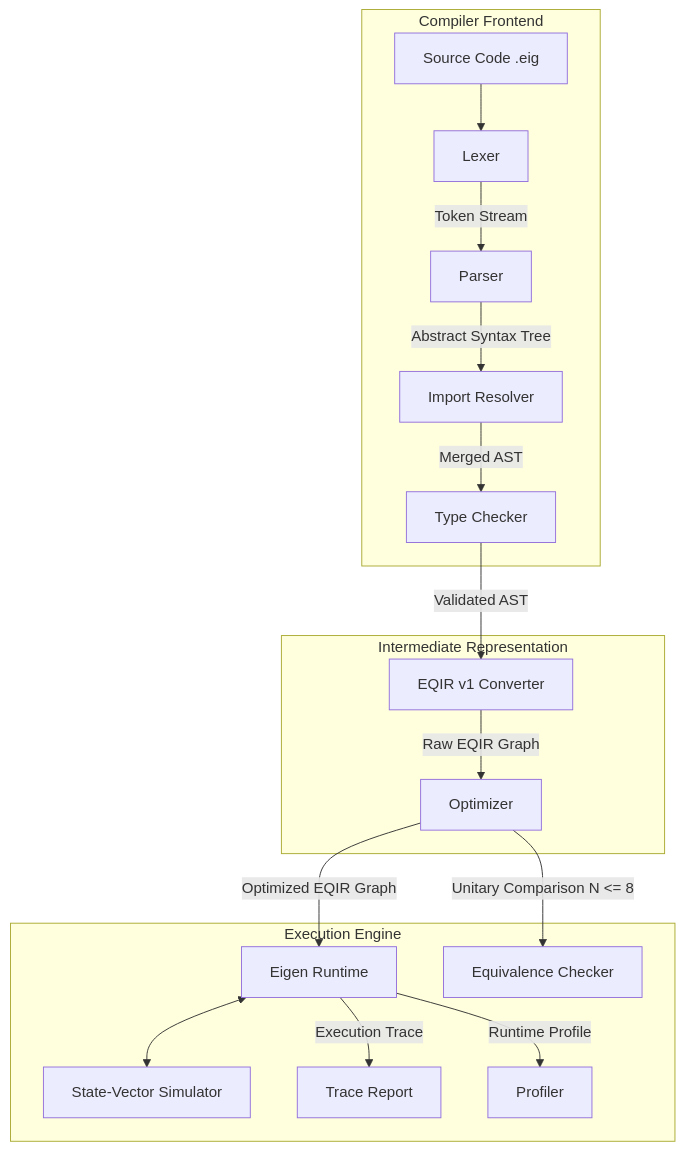
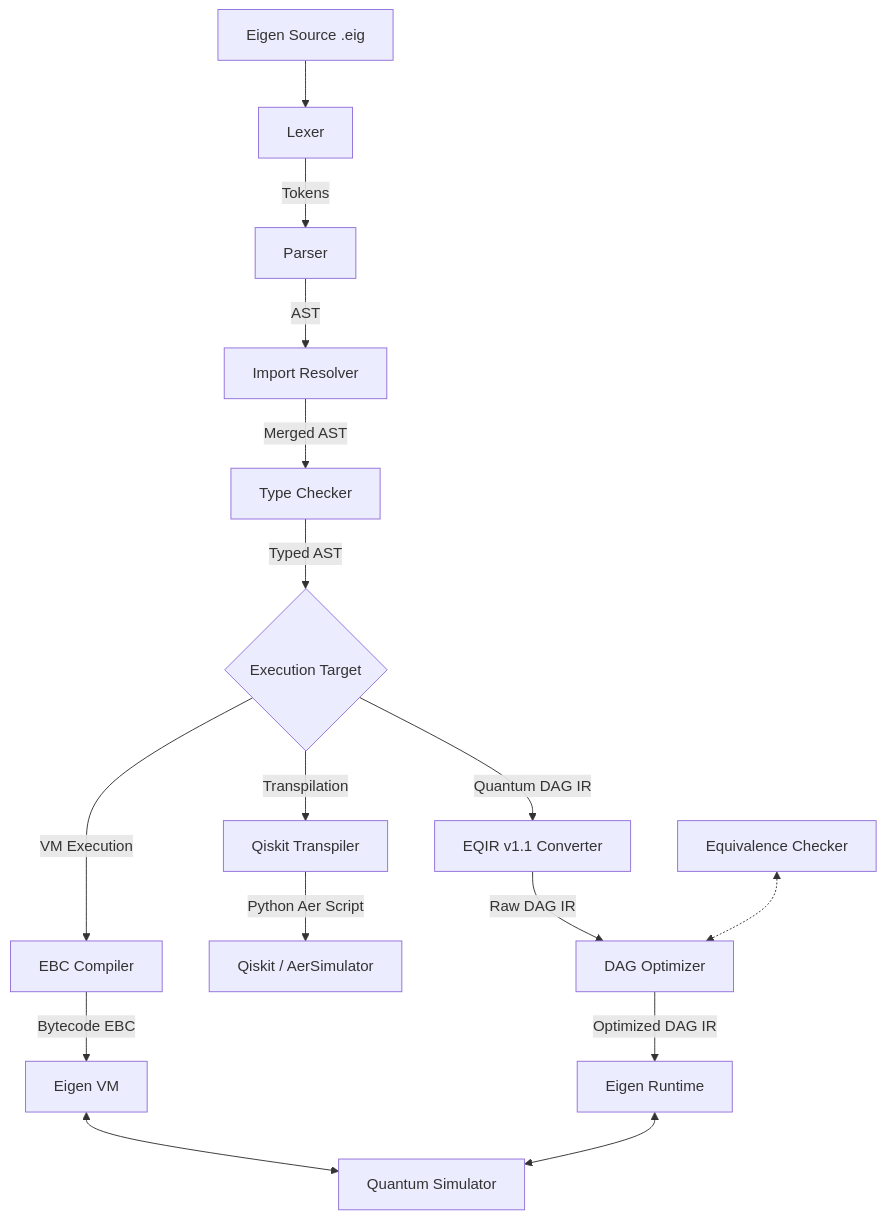
One commit to Eigenresearch/Eigen changed the diagram in docs/architecture.md. Above: the diagram before and after it, drawn with Mermaid. The commit also changed other lines of this file and 67 other files, not shown here.

Commit message:
feat: Stabilize Eigen 2.1 - Add backend smoke tests, update EQIR v1.1, add release metrics, and synchronize documentation

````diff
--- a/docs/architecture.md
+++ b/docs/architecture.md
@@ -9,23 +9,22 @@
 ```mermaid
 graph TD
-    subgraph Frontend [Compiler Frontend]
-        Src[Source Code .eig] --> Lex[Lexer]
-        Lex -->|Token Stream| Par[Parser]
-        Par -->|Abstract Syntax Tree| Imp[Import Resolver]
-        Imp -->|Merged AST| Typ[Type Checker]
-    end
+    Source[Eigen Source .eig] --> Lexer[Lexer]
+    Lexer -->|Tokens| Parser[Parser]
+    Parser -->|AST| ImportResolver[Import Resolver]
+    ImportResolver -->|Merged AST| TypeChecker[Type Checker]
+    TypeChecker -->|Typed AST| PipelineBranch{Execution Target}
     
-    subgraph Middleend [Intermediate Representation]
-        Typ -->|Validated AST| IRGen[EQIR v1 Converter]
-        IRGen -->|Raw EQIR Graph| Opt[Optimizer]
-    end
+    PipelineBranch -->|VM Execution| EBCCompiler[EBC Compiler]
+    EBCCompiler -->|Bytecode EBC| VM[Eigen VM]
+    VM <--> Simulator[Quantum Simulator]
     
-    subgraph Backend [Execution Engine]
-        Opt -->|Optimized EQIR Graph| Run[Eigen Runtime]
-        Run <--> Sim[State-Vector Simulator]
-        Run -->|Execution Trace| Trc[Trace Report]
-        Run -->|Runtime Profile| Prof[Profiler]
-        
-        Opt -->|Unitary Comparison N <= 8| Equiv[Equivalence Checker]
-    end
+    PipelineBranch -->|Transpilation| QiskitBackend[Qiskit Transpiler]
+    QiskitBackend -->|Python Aer Script| Qiskit[Qiskit / AerSimulator]
+    
+    PipelineBranch -->|Quantum DAG IR| EQIRGen[EQIR v1.1 Converter]
+    EQIRGen -->|Raw DAG IR| Optimizer[DAG Optimizer]
+    Optimizer -->|Optimized DAG IR| Runtime[Eigen Runtime]
+    Runtime <--> Simulator
+    
+    SubGraphEquiv[Equivalence Checker] <.-> Optimizer
 ```
````
